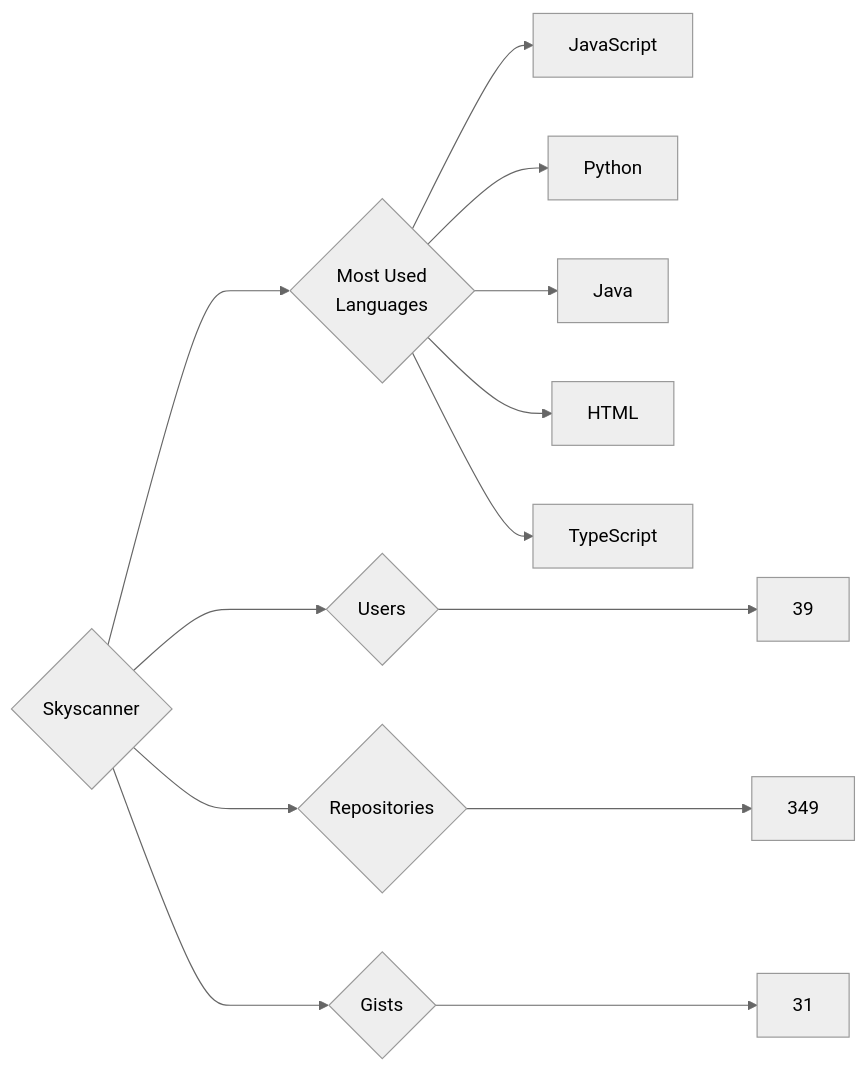
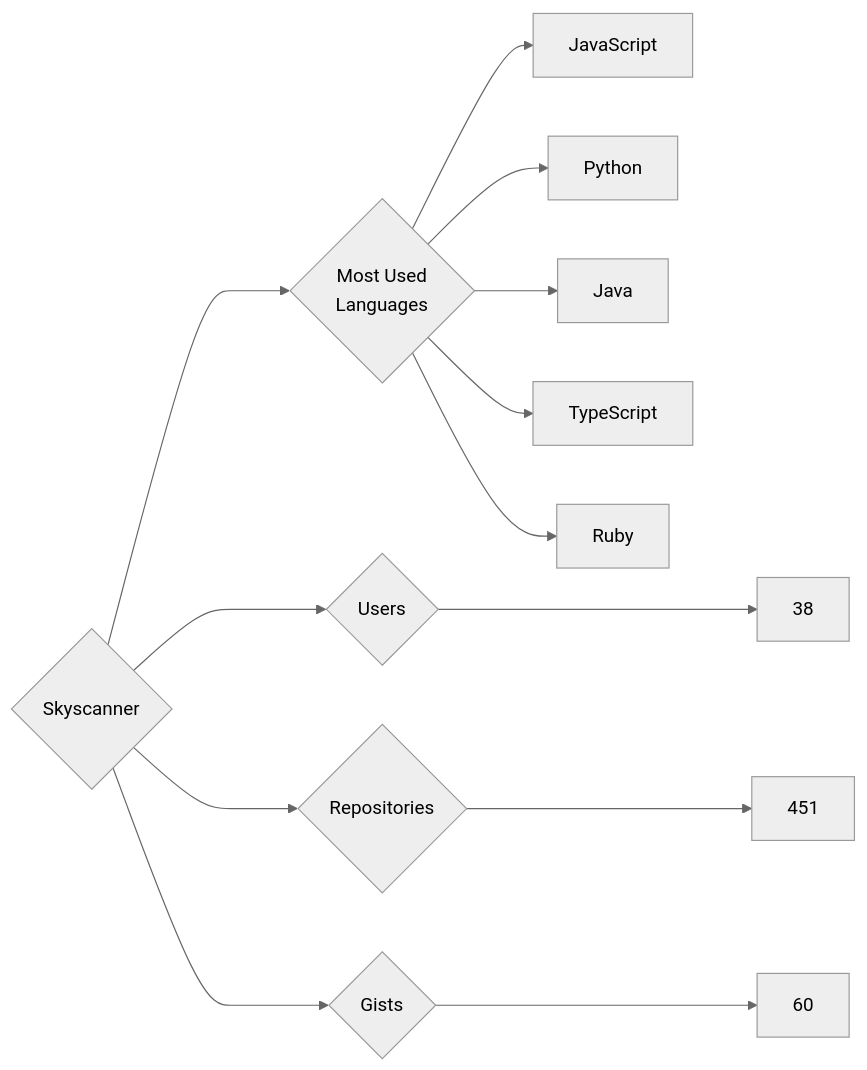
The diagram in targets/Skyscanner/README.md (trickest/insiders), drawn with Mermaid (neutral theme) before and after one commit. The commit also changed 953 other files, not shown here.

````diff
--- a/targets/Skyscanner/README.md
+++ b/targets/Skyscanner/README.md
@@ -3,13 +3,13 @@
 ```mermaid
 graph LR
 COMPANY_NAME{Skyscanner}
-COMPANY_NAME ---> U{Users} ---> UN[39]
-COMPANY_NAME ---> R{Repositories} ---> RN[349]
-COMPANY_NAME ---> G{Gists} ---> GN[31]
+COMPANY_NAME ---> U{Users} ---> UN[38]
+COMPANY_NAME ---> R{Repositories} ---> RN[451]
+COMPANY_NAME ---> G{Gists} ---> GN[60]
 COMPANY_NAME ---> ML{Most Used<br>Languages}
 ML --> JavaScript[JavaScript]
 ML --> Python[Python]
 ML --> Java[Java]
-ML --> HTML[HTML]
 ML --> TypeScript[TypeScript]
+ML --> Ruby[Ruby]
 ```
````
